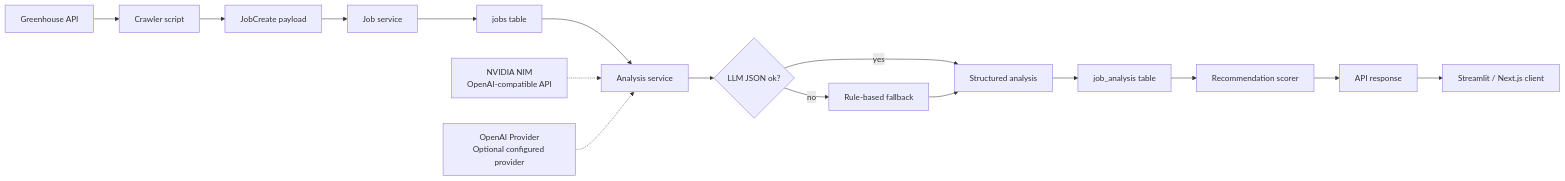
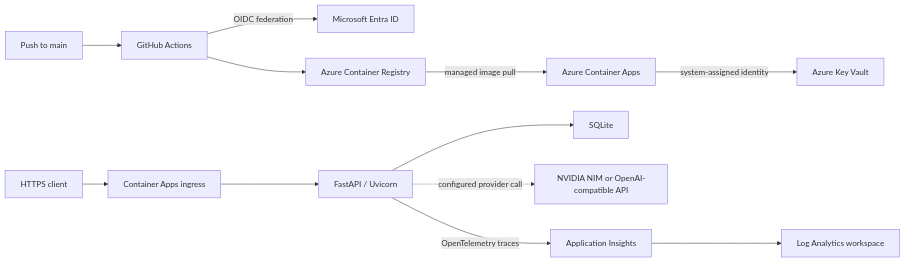
The diagram in README.md (cbssmh/ai-job-scout), drawn with Mermaid before and after one commit. The commit also changed other lines of this file and 20 other files, not shown here.

````diff
--- a/README.md
+++ b/README.md
@@ -70,18 +43,16 @@
 ```mermaid
 flowchart LR
-    A["Greenhouse API"] --> B["Crawler script"]
-    B --> C["JobCreate payload"]
-    C --> D["Job service"]
-    D --> E["jobs table"]
-    E --> F["Analysis service"]
-    F --> G{"LLM JSON ok?"}
-    N["NVIDIA NIM<br/>OpenAI-compatible API"] -.-> F
-    O["OpenAI Provider<br/>Optional configured provider"] -.-> F
-    G -- yes --> H["Structured analysis"]
-    G -- no --> I["Rule-based fallback"]
-    I --> H
-    H --> J["job_analysis table"]
-    J --> K["Recommendation scorer"]
-    K --> L["API response"]
-    L --> M["Streamlit / Next.js client"]
+    Developer["Push to main"] --> Actions["GitHub Actions"]
+    Actions -- "OIDC federation" --> Entra["Microsoft Entra ID"]
+    Actions --> ACR["Azure Container Registry"]
+    ACR -- "managed image pull" --> ACA["Azure Container Apps"]
+
+    User["HTTPS client"] --> Ingress["Container Apps ingress"]
+    Ingress --> API["FastAPI / Uvicorn"]
+    API --> SQLite["SQLite"]
+    API -. "configured provider call" .-> LLM["NVIDIA NIM or OpenAI-compatible API"]
+
+    ACA -- "system-assigned identity" --> KV["Azure Key Vault"]
+    API -- "OpenTelemetry traces" --> AI["Application Insights"]
+    AI --> LA["Log Analytics workspace"]
 ```
````
